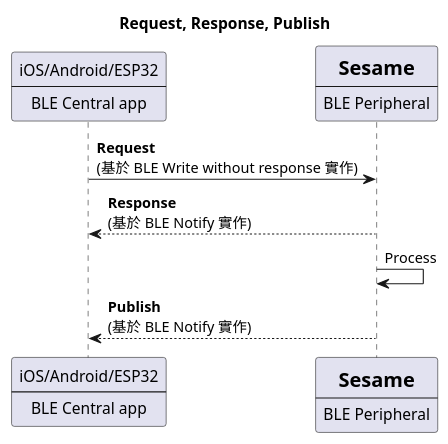
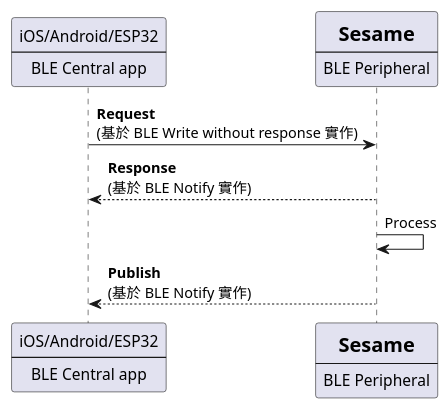
The diagram in profile/uml/uml_input/request_response_publish.plantuml (CANDY-HOUSE/.github), drawn with PlantUML before and after one commit.

```diff
--- a/profile/uml/uml_input/request_response_publish.plantuml
+++ b/profile/uml/uml_input/request_response_publish.plantuml
@@ -1,19 +1,18 @@
 @startuml
-title Request, Response, Publish
 participant BLEcentral [
     iOS/Android/ESP32
     ----
     BLE Central app
 ]
 participant Server [
     =Sesame
     ----
     BLE Peripheral
 ]
 
 BLEcentral -> Server: **Request**\n(基於 BLE Write without response 實作)
 Server --> BLEcentral: **Response**\n(基於 BLE Notify 實作)
 Server -> Server: Process
 Server --> BLEcentral: **Publish**\n(基於 BLE Notify 實作)
 
 @enduml
```
